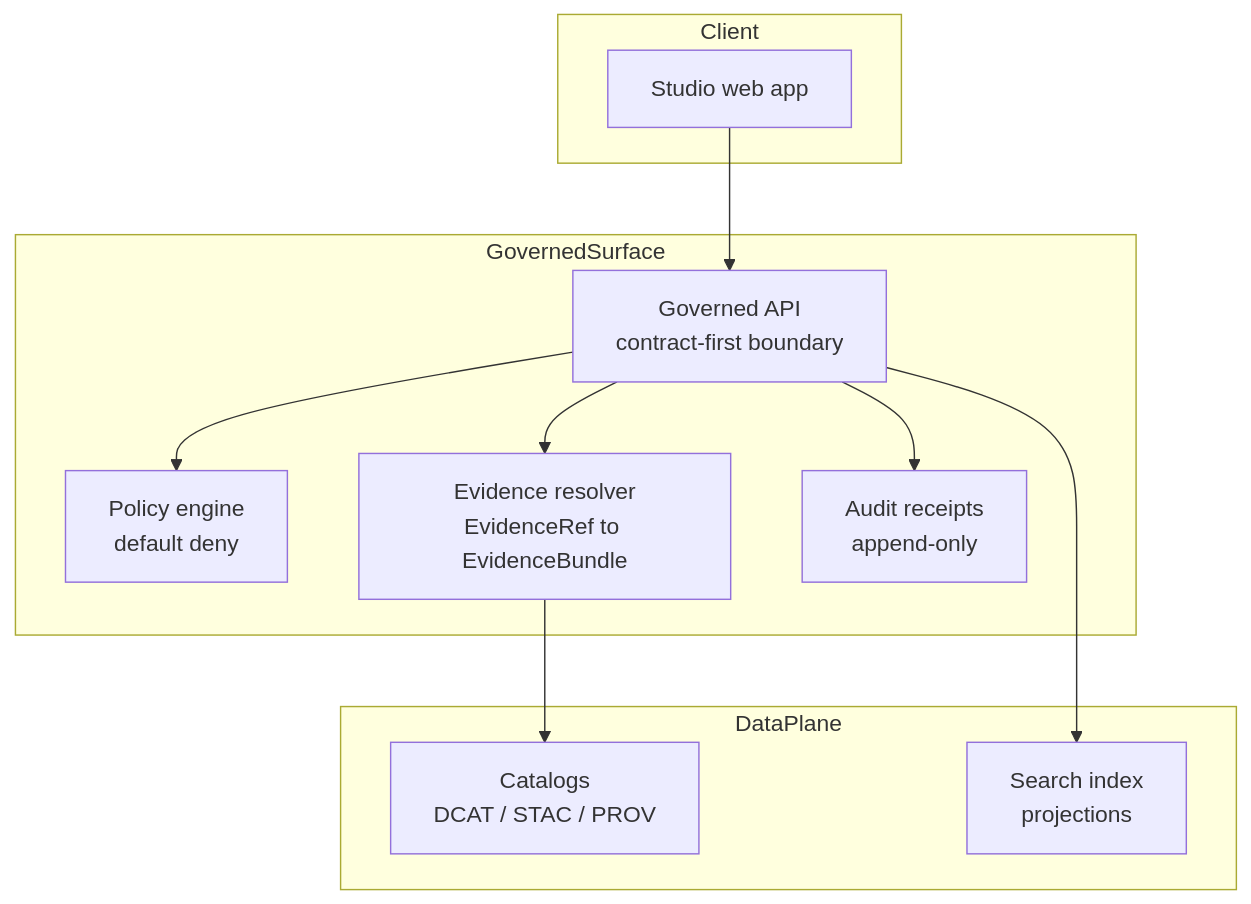
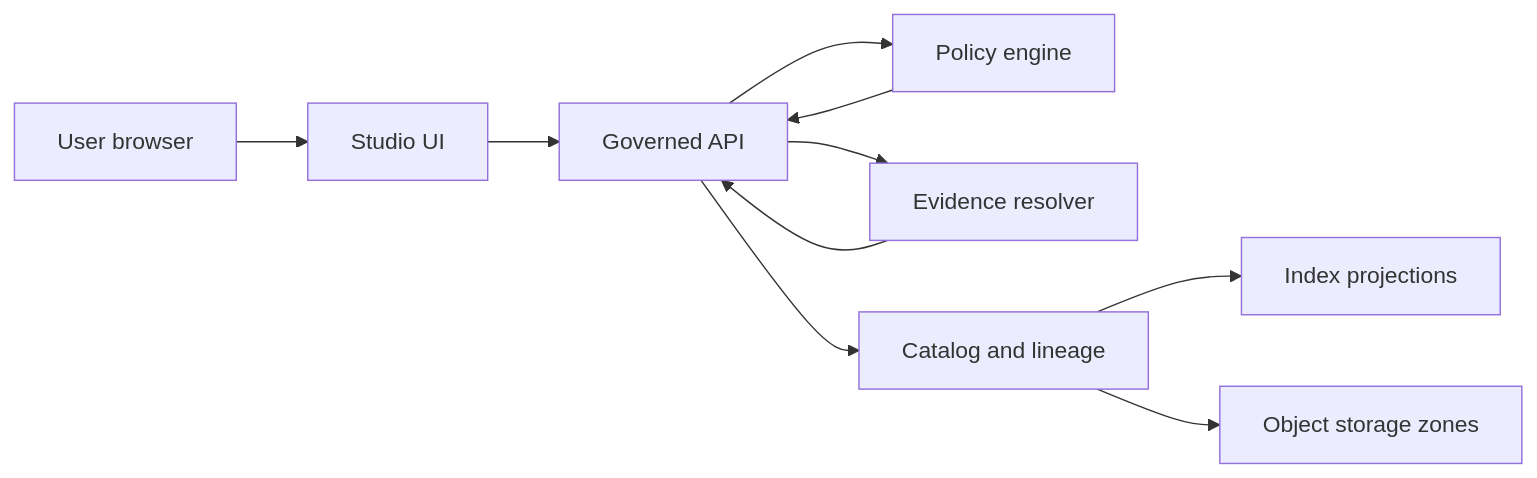
One commit to bartytime4life/Kansas-Frontier-Matrix changed the first of 2 diagrams in apps/studio/README.md. Above: the diagram before and after it, drawn with Mermaid. The commit also changed other lines of this file, not shown here.

First line of the commit message:
Revise README.md for KFM Studio with updated metadata

````diff
--- a/apps/studio/README.md
+++ b/apps/studio/README.md
@@ -239,25 +95,14 @@
 ```mermaid
-flowchart TB
-  subgraph Client
-    S[Studio web app]
-  end
+flowchart LR
+  Browser[User browser] --> Studio[Studio UI]
+  Studio --> API[Governed API]
 
-  subgraph GovernedSurface
-    API[Governed API<br/>contract-first boundary]
-    POL[Policy engine<br/>default deny]
-    EVD[Evidence resolver<br/>EvidenceRef to EvidenceBundle]
-    AUD[Audit receipts<br/>append-only]
-  end
+  API --> Policy[Policy engine]
+  API --> Evidence[Evidence resolver]
+  API --> Catalog[Catalog and lineage]
+  Catalog --> Index[Index projections]
+  Catalog --> Storage[Object storage zones]
 
-  subgraph DataPlane
-    CAT[Catalogs<br/>DCAT / STAC / PROV]
-    IDX[Search index<br/>projections]
-  end
-
-  S --> API
-  API --> POL
-  API --> EVD
-  API --> AUD
-  EVD --> CAT
-  API --> IDX
+  Evidence --> API
+  Policy --> API
 ```
````
